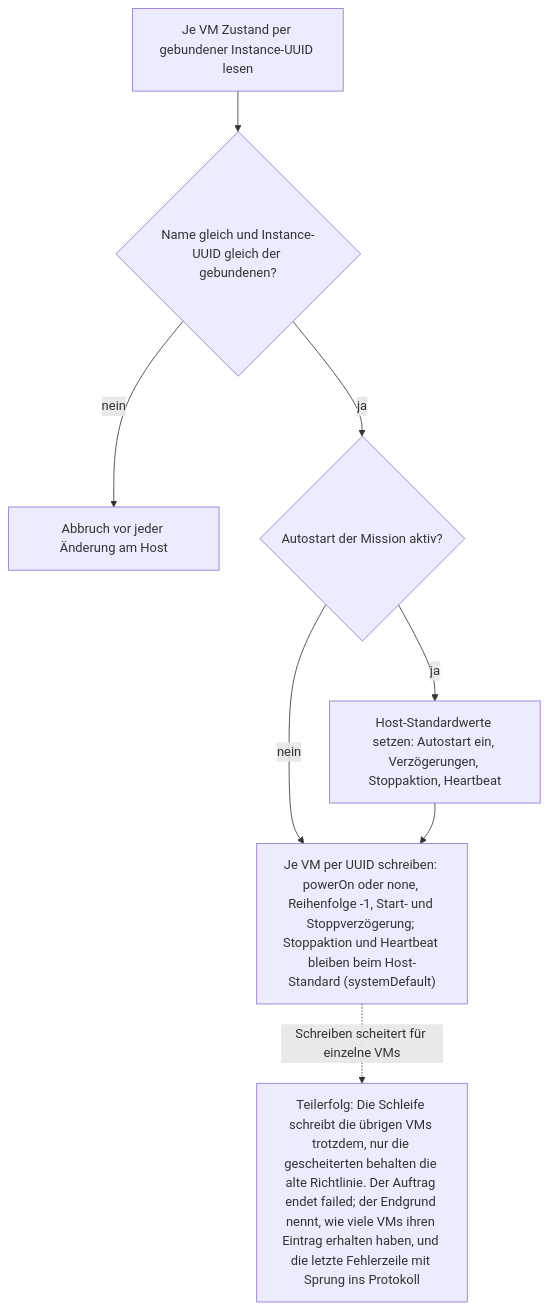
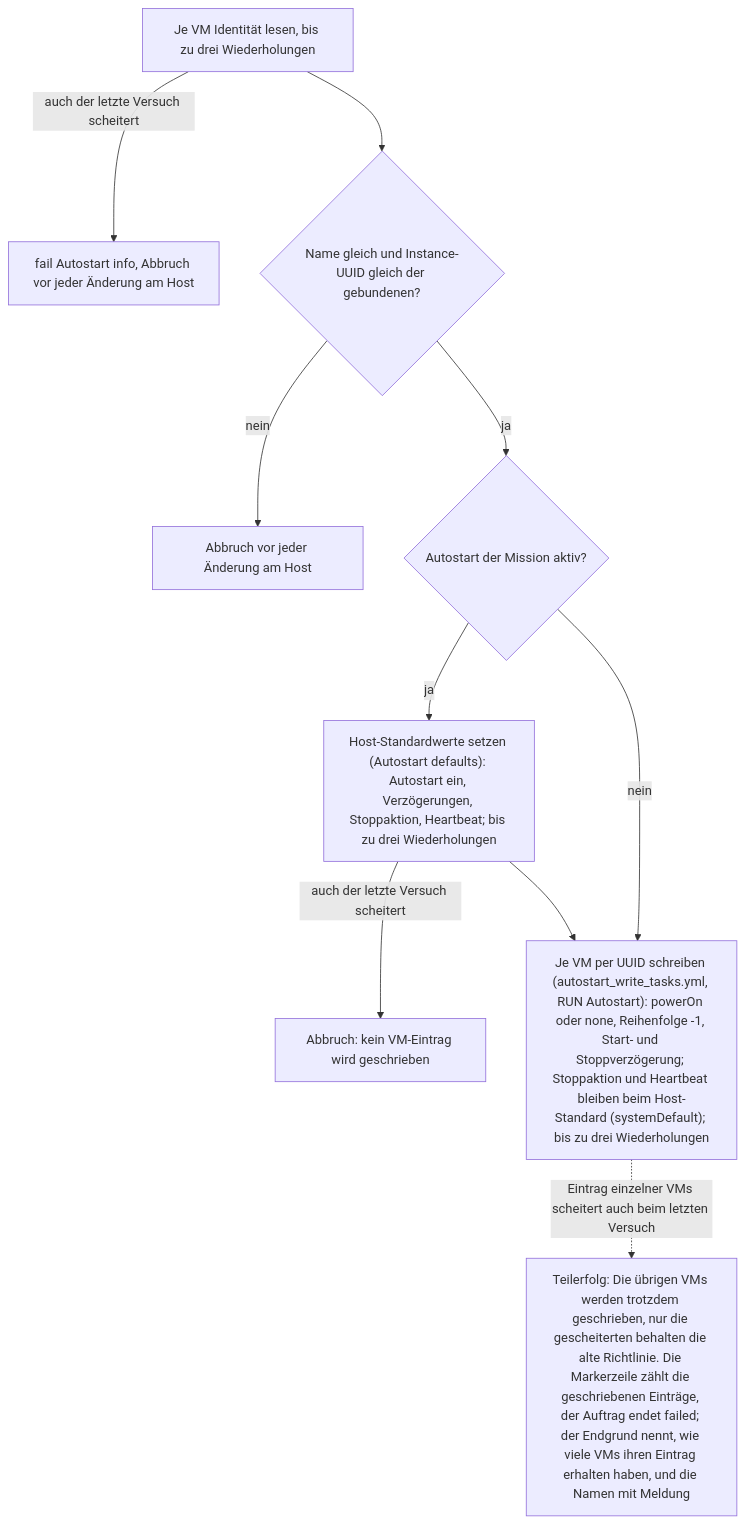
One commit to Samy94M/VirtuSphere-v2-WebApp changed diagram 16 of 18 in docs/operations/deploy-flows.md. Above: the diagram before and after it, drawn with Mermaid. The commit also changed other lines of this file and 48 other files, not shown here.

````diff
--- a/docs/operations/deploy-flows.md
+++ b/docs/operations/deploy-flows.md
@@ -506,10 +532,12 @@
 ```mermaid
 flowchart TD
-  A["Je VM Zustand per gebundener Instance-UUID lesen"] --> B{"Name gleich und Instance-UUID gleich der gebundenen?"}
+  A["Je VM Identität lesen, bis zu drei Wiederholungen"] -->|auch der letzte Versuch scheitert| AX["fail Autostart info, Abbruch vor jeder Änderung am Host"]
+  A --> B{"Name gleich und Instance-UUID gleich der gebundenen?"}
   B -->|nein| BX["Abbruch vor jeder Änderung am Host"]
   B -->|ja| C{"Autostart der Mission aktiv?"}
-  C -->|ja| D["Host-Standardwerte setzen: Autostart ein, Verzögerungen, Stoppaktion, Heartbeat"]
+  C -->|ja| D["Host-Standardwerte setzen (Autostart defaults): Autostart ein, Verzögerungen, Stoppaktion, Heartbeat; bis zu drei Wiederholungen"]
+  D -->|auch der letzte Versuch scheitert| DX["Abbruch: kein VM-Eintrag wird geschrieben"]
   C -->|nein| E
-  D --> E["Je VM per UUID schreiben: powerOn oder none, Reihenfolge -1, Start- und Stoppverzögerung; Stoppaktion und Heartbeat bleiben beim Host-Standard (systemDefault)"]
-  E -.->|Schreiben scheitert für einzelne VMs| EX["Teilerfolg: Die Schleife schreibt die übrigen VMs trotzdem, nur die gescheiterten behalten die alte Richtlinie. Der Auftrag endet failed; der Endgrund nennt, wie viele VMs ihren Eintrag erhalten haben, und die letzte Fehlerzeile mit Sprung ins Protokoll"]
+  D --> E["Je VM per UUID schreiben (autostart_write_tasks.yml, RUN Autostart): powerOn oder none, Reihenfolge -1, Start- und Stoppverzögerung; Stoppaktion und Heartbeat bleiben beim Host-Standard (systemDefault); bis zu drei Wiederholungen"]
+  E -.->|Eintrag einzelner VMs scheitert auch beim letzten Versuch| EX["Teilerfolg: Die übrigen VMs werden trotzdem geschrieben, nur die gescheiterten behalten die alte Richtlinie. Die Markerzeile zählt die geschriebenen Einträge, der Auftrag endet failed; der Endgrund nennt, wie viele VMs ihren Eintrag erhalten haben, und die Namen mit Meldung"]
 ```
````
